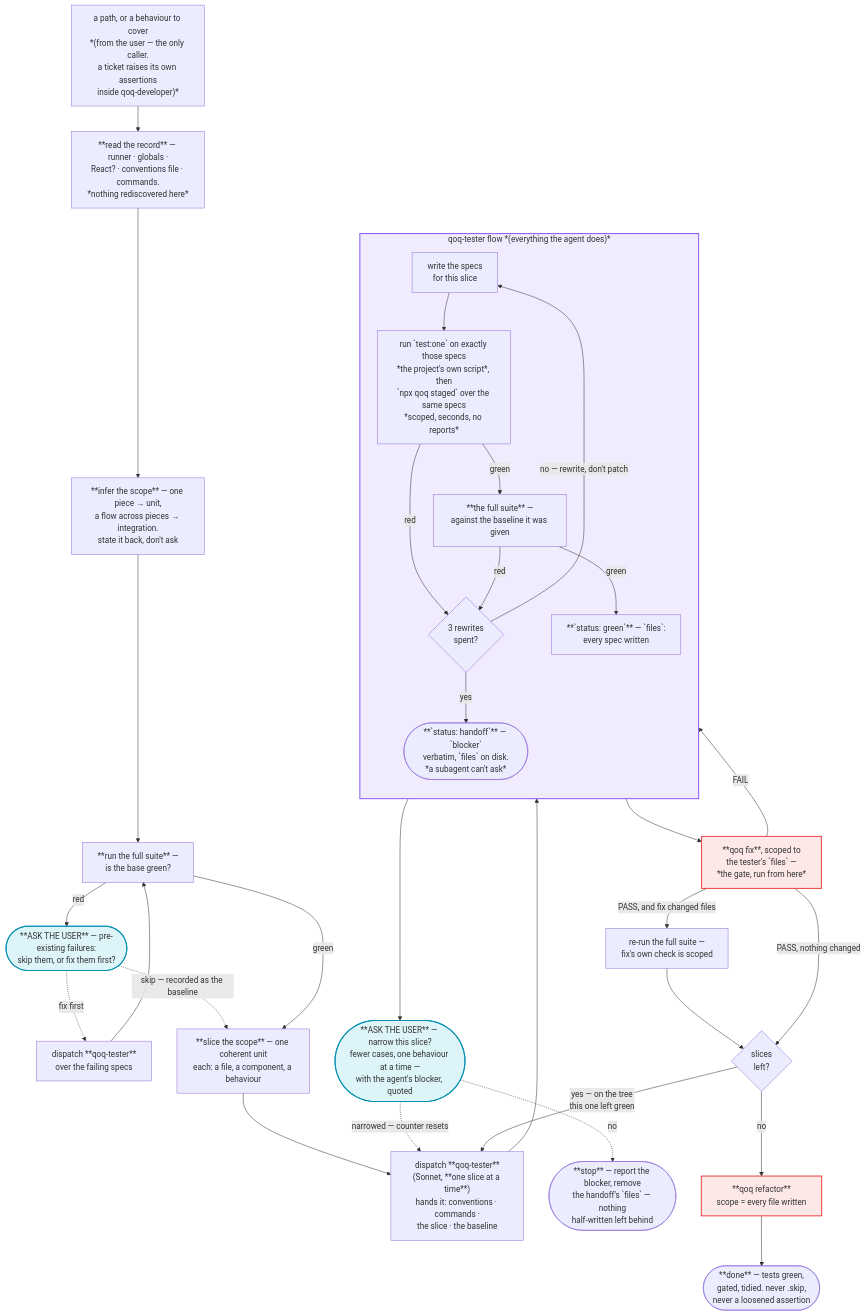
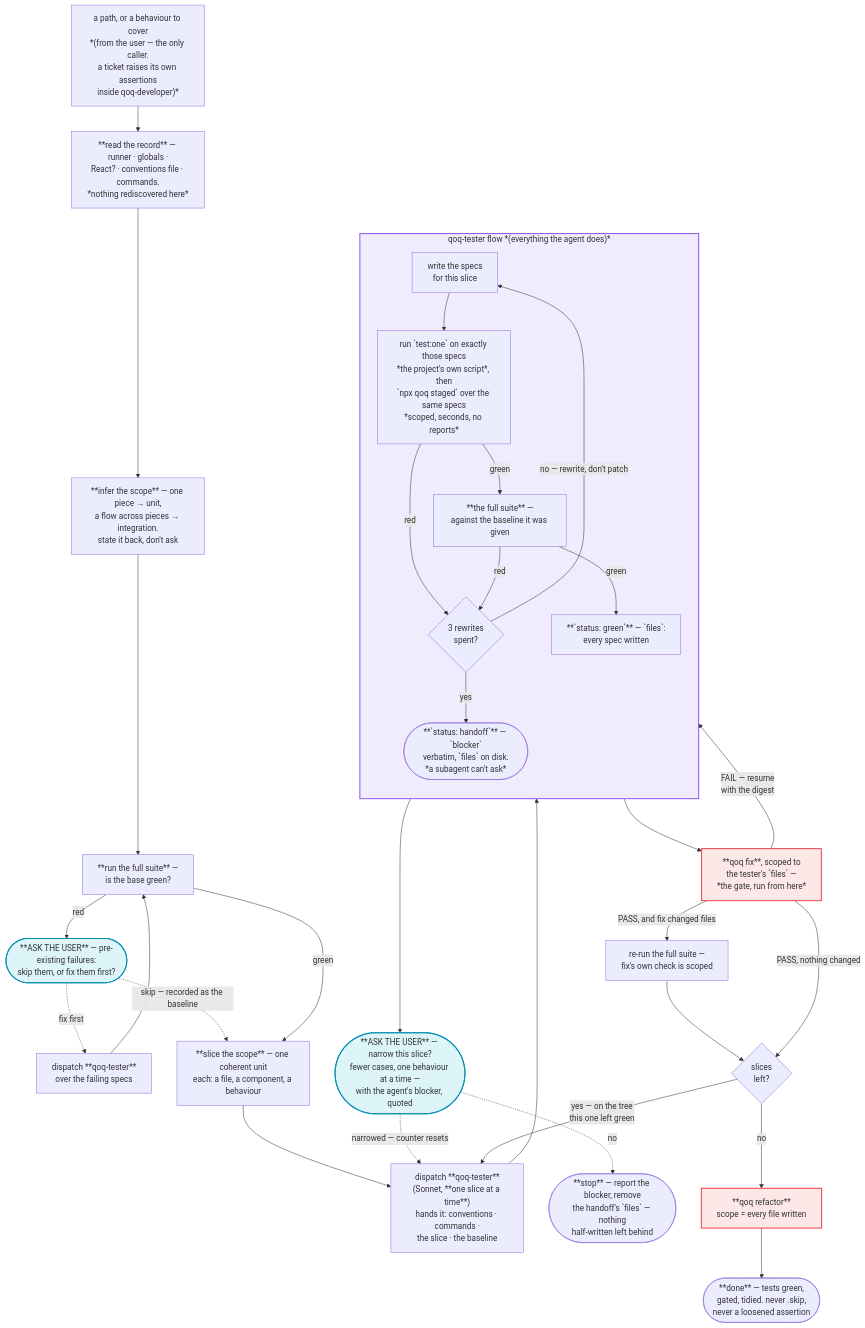
Before and after one commit to ladamczyk-it/qoq: the ninth of 14 diagrams in docs/qoq-workflows.md, drawn with Mermaid. The commit also changed other lines of this file and 7 other files, not shown here.

````diff
--- a/docs/qoq-workflows.md
+++ b/docs/qoq-workflows.md
@@ -599,51 +600,51 @@
 ```mermaid
 flowchart TD
     TARG["a path, or a behaviour to cover<br/>*(from the user — the only caller.<br/>a ticket raises its own assertions<br/>inside qoq-developer)*"]
     TARG --> TD1
     TD1["**read the record** — runner · globals ·<br/>React? · conventions file · commands.<br/>*nothing rediscovered here*"]
     TD1 --> TSCOPE["**infer the scope** — one piece → unit,<br/>a flow across pieces → integration.<br/>state it back, don't ask"]
 
     TSCOPE --> TBASE["**run the full suite** —<br/>is the base green?"]
     TBASE -->|"red"| TBASK(["**ASK THE USER** — pre-existing failures:<br/>skip them, or fix them first?"])
     TBASK -.->|"fix first"| TOLD["dispatch **qoq-tester**<br/>over the failing specs"]
     TOLD --> TBASE
     TBASK -.->|"skip — recorded as the baseline"| TSLICE
     TBASE -->|"green"| TSLICE
 
     TSLICE["**slice the scope** — one coherent unit<br/>each: a file, a component, a behaviour"]
     TSLICE --> TDISP["dispatch **qoq-tester**<br/>(Sonnet, **one slice at a time**)<br/>hands it: conventions · commands ·<br/>the slice · the baseline"]
 
     subgraph TESTER["qoq-tester flow *(everything the agent does)*"]
         direction TB
         A1["write the specs<br/>for this slice"]
         A1 --> A2["run `test:one` on exactly those specs<br/>*the project's own script*, then<br/>`npx qoq staged` over the same specs<br/>*scoped, seconds, no reports*"]
         A2 -->|"red"| A4
         A2 -->|"green"| A3["**the full suite** —<br/>against the baseline it was given"]
         A3 -->|"red"| A4{"3 rewrites<br/>spent?"}
         A4 -->|"no — rewrite, don't patch"| A1
         A4 -->|"yes"| AHAND(["**`status: handoff`** — `blocker`<br/>verbatim, `files` on disk.<br/>*a subagent can't ask*"])
         A3 -->|"green"| ARET["**`status: green`** — `files`:<br/>every spec written"]
     end
 
     TDISP --> A1
     AHAND --> TNARROW(["**ASK THE USER** — narrow this slice?<br/>fewer cases, one behaviour at a time —<br/>with the agent's blocker, quoted"])
     TNARROW -.->|"narrowed — counter resets"| TDISP
     TNARROW -.->|"no"| TSTOP2(["**stop** — report the blocker, remove<br/>the handoff's `files` — nothing<br/>half-written left behind"])
 
     ARET --> TGATE["**qoq fix**, scoped to<br/>the tester's `files` —<br/>*the gate, run from here*"]
-    TGATE -->|FAIL| A4
+    TGATE -->|"FAIL — resume<br/>with the digest"| A4
     TGATE -->|"PASS, and fix changed files"| TRERUN["re-run the full suite —<br/>fix's own check is scoped"]
     TRERUN --> TMORE
     TGATE -->|"PASS, nothing changed"| TMORE{"slices<br/>left?"}
     TMORE -->|"yes — on the tree<br/>this one left green"| TDISP
     TMORE -->|"no"| TREF["**qoq refactor**<br/>scope = every file written"]
     TREF --> TDONE(["**done** — tests green,<br/>gated, tidied. never .skip,<br/>never a loosened assertion"])
 
     classDef agent fill:#8b5cf61f,stroke:#8b5cf6,stroke-width:2px
     classDef user fill:#06b6d422,stroke:#0891b2,stroke-width:2px
     classDef skill fill:#ef44441f,stroke:#ef4444,stroke-width:2px
 
     class TESTER agent
     class TNARROW,TBASK user
     class TGATE,TREF skill
 ```
````
